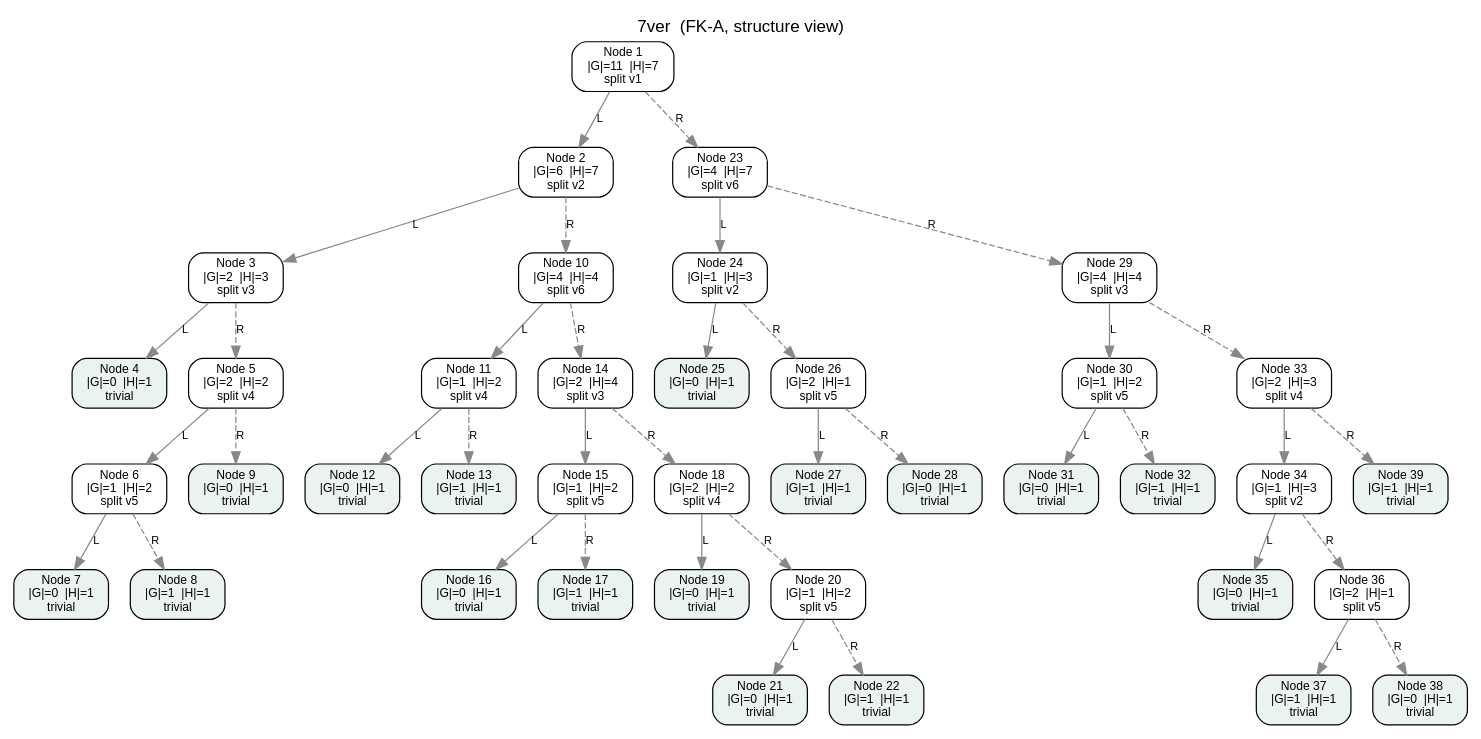
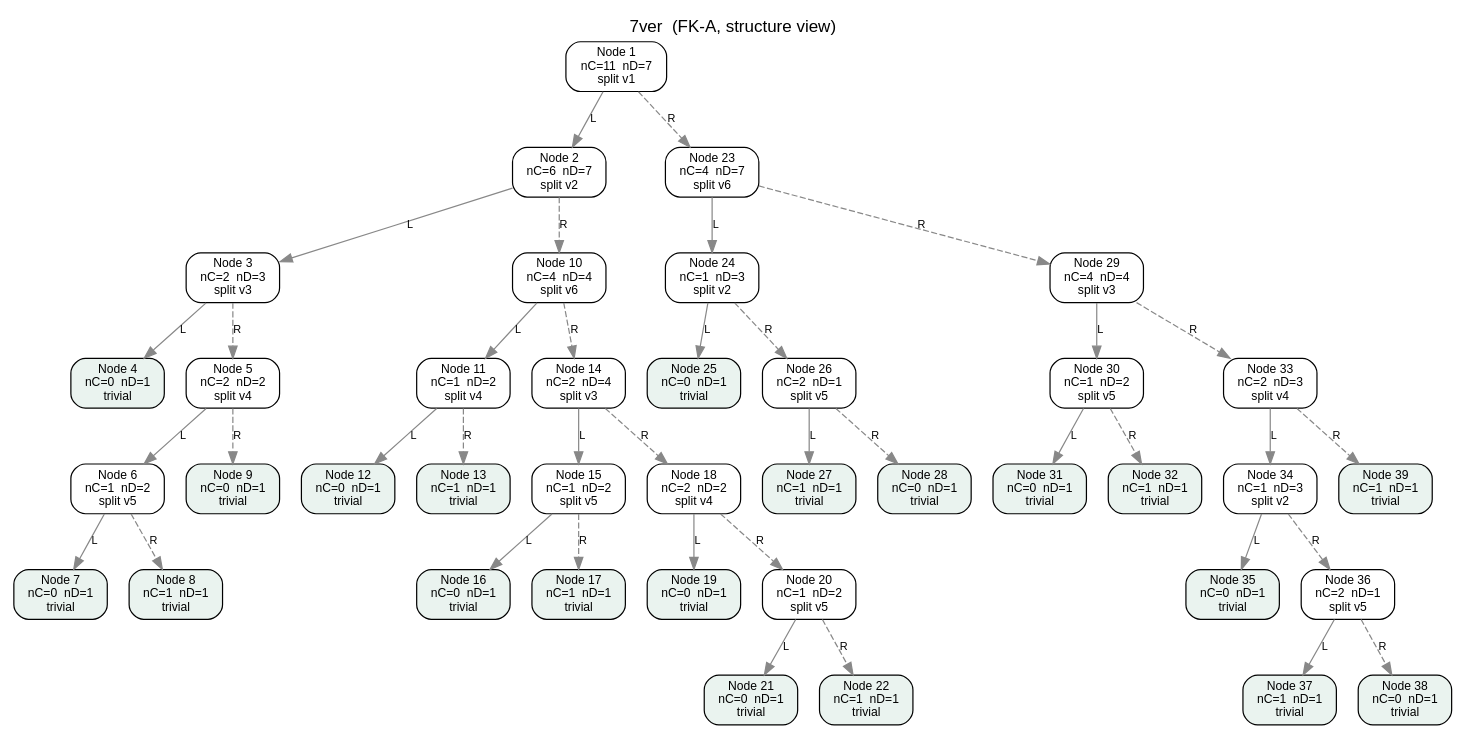
The diagram in results/7ver.fk-a.faithful.dot (symonyeal/Hypergraph-Dualization), drawn with Graphviz before and after one commit. The commit also changed 203 other files, not shown here.

```diff
--- a/results/7ver.fk-a.faithful.dot
+++ b/results/7ver.fk-a.faithful.dot
@@ -1,83 +1,83 @@
 digraph FKA {
   rankdir=TB;
   graph [fontname="Helvetica", labelloc="t", label="7ver  (FK-A, structure view)"];
   node [shape=box, style="rounded,filled", fillcolor="#ffffff", fontname="Helvetica", fontsize=10];
   edge [fontname="Helvetica", fontsize=9, color="#888888"];
-  n1 [label="Node 1\n|G|=11  |H|=7\nsplit v1", fillcolor="#ffffff"];
-  n2 [label="Node 2\n|G|=6  |H|=7\nsplit v2", fillcolor="#ffffff"];
-  n3 [label="Node 3\n|G|=2  |H|=3\nsplit v3", fillcolor="#ffffff"];
-  n4 [label="Node 4\n|G|=0  |H|=1\ntrivial", fillcolor="#eaf3ef"];
-  n5 [label="Node 5\n|G|=2  |H|=2\nsplit v4", fillcolor="#ffffff"];
-  n6 [label="Node 6\n|G|=1  |H|=2\nsplit v5", fillcolor="#ffffff"];
-  n7 [label="Node 7\n|G|=0  |H|=1\ntrivial", fillcolor="#eaf3ef"];
-  n8 [label="Node 8\n|G|=1  |H|=1\ntrivial", fillcolor="#eaf3ef"];
-  n9 [label="Node 9\n|G|=0  |H|=1\ntrivial", fillcolor="#eaf3ef"];
-  n10 [label="Node 10\n|G|=4  |H|=4\nsplit v6", fillcolor="#ffffff"];
-  n11 [label="Node 11\n|G|=1  |H|=2\nsplit v4", fillcolor="#ffffff"];
-  n12 [label="Node 12\n|G|=0  |H|=1\ntrivial", fillcolor="#eaf3ef"];
-  n13 [label="Node 13\n|G|=1  |H|=1\ntrivial", fillcolor="#eaf3ef"];
-  n14 [label="Node 14\n|G|=2  |H|=4\nsplit v3", fillcolor="#ffffff"];
-  n15 [label="Node 15\n|G|=1  |H|=2\nsplit v5", fillcolor="#ffffff"];
-  n16 [label="Node 16\n|G|=0  |H|=1\ntrivial", fillcolor="#eaf3ef"];
-  n17 [label="Node 17\n|G|=1  |H|=1\ntrivial", fillcolor="#eaf3ef"];
-  n18 [label="Node 18\n|G|=2  |H|=2\nsplit v4", fillcolor="#ffffff"];
-  n19 [label="Node 19\n|G|=0  |H|=1\ntrivial", fillcolor="#eaf3ef"];
-  n20 [label="Node 20\n|G|=1  |H|=2\nsplit v5", fillcolor="#ffffff"];
-  n21 [label="Node 21\n|G|=0  |H|=1\ntrivial", fillcolor="#eaf3ef"];
-  n22 [label="Node 22\n|G|=1  |H|=1\ntrivial", fillcolor="#eaf3ef"];
-  n23 [label="Node 23\n|G|=4  |H|=7\nsplit v6", fillcolor="#ffffff"];
-  n24 [label="Node 24\n|G|=1  |H|=3\nsplit v2", fillcolor="#ffffff"];
-  n25 [label="Node 25\n|G|=0  |H|=1\ntrivial", fillcolor="#eaf3ef"];
-  n26 [label="Node 26\n|G|=2  |H|=1\nsplit v5", fillcolor="#ffffff"];
-  n27 [label="Node 27\n|G|=1  |H|=1\ntrivial", fillcolor="#eaf3ef"];
-  n28 [label="Node 28\n|G|=0  |H|=1\ntrivial", fillcolor="#eaf3ef"];
-  n29 [label="Node 29\n|G|=4  |H|=4\nsplit v3", fillcolor="#ffffff"];
-  n30 [label="Node 30\n|G|=1  |H|=2\nsplit v5", fillcolor="#ffffff"];
-  n31 [label="Node 31\n|G|=0  |H|=1\ntrivial", fillcolor="#eaf3ef"];
-  n32 [label="Node 32\n|G|=1  |H|=1\ntrivial", fillcolor="#eaf3ef"];
-  n33 [label="Node 33\n|G|=2  |H|=3\nsplit v4", fillcolor="#ffffff"];
-  n34 [label="Node 34\n|G|=1  |H|=3\nsplit v2", fillcolor="#ffffff"];
-  n35 [label="Node 35\n|G|=0  |H|=1\ntrivial", fillcolor="#eaf3ef"];
-  n36 [label="Node 36\n|G|=2  |H|=1\nsplit v5", fillcolor="#ffffff"];
-  n37 [label="Node 37\n|G|=1  |H|=1\ntrivial", fillcolor="#eaf3ef"];
-  n38 [label="Node 38\n|G|=0  |H|=1\ntrivial", fillcolor="#eaf3ef"];
-  n39 [label="Node 39\n|G|=1  |H|=1\ntrivial", fillcolor="#eaf3ef"];
+  n1 [label="Node 1\nnC=11  nD=7\nsplit v1", fillcolor="#ffffff"];
+  n2 [label="Node 2\nnC=6  nD=7\nsplit v2", fillcolor="#ffffff"];
+  n3 [label="Node 3\nnC=2  nD=3\nsplit v3", fillcolor="#ffffff"];
+  n4 [label="Node 4\nnC=0  nD=1\ntrivial", fillcolor="#eaf3ef"];
+  n5 [label="Node 5\nnC=2  nD=2\nsplit v4", fillcolor="#ffffff"];
+  n6 [label="Node 6\nnC=1  nD=2\nsplit v5", fillcolor="#ffffff"];
+  n7 [label="Node 7\nnC=0  nD=1\ntrivial", fillcolor="#eaf3ef"];
+  n8 [label="Node 8\nnC=1  nD=1\ntrivial", fillcolor="#eaf3ef"];
+  n9 [label="Node 9\nnC=0  nD=1\ntrivial", fillcolor="#eaf3ef"];
+  n10 [label="Node 10\nnC=4  nD=4\nsplit v6", fillcolor="#ffffff"];
+  n11 [label="Node 11\nnC=1  nD=2\nsplit v4", fillcolor="#ffffff"];
+  n12 [label="Node 12\nnC=0  nD=1\ntrivial", fillcolor="#eaf3ef"];
+  n13 [label="Node 13\nnC=1  nD=1\ntrivial", fillcolor="#eaf3ef"];
+  n14 [label="Node 14\nnC=2  nD=4\nsplit v3", fillcolor="#ffffff"];
+  n15 [label="Node 15\nnC=1  nD=2\nsplit v5", fillcolor="#ffffff"];
+  n16 [label="Node 16\nnC=0  nD=1\ntrivial", fillcolor="#eaf3ef"];
+  n17 [label="Node 17\nnC=1  nD=1\ntrivial", fillcolor="#eaf3ef"];
+  n18 [label="Node 18\nnC=2  nD=2\nsplit v4", fillcolor="#ffffff"];
+  n19 [label="Node 19\nnC=0  nD=1\ntrivial", fillcolor="#eaf3ef"];
+  n20 [label="Node 20\nnC=1  nD=2\nsplit v5", fillcolor="#ffffff"];
+  n21 [label="Node 21\nnC=0  nD=1\ntrivial", fillcolor="#eaf3ef"];
+  n22 [label="Node 22\nnC=1  nD=1\ntrivial", fillcolor="#eaf3ef"];
+  n23 [label="Node 23\nnC=4  nD=7\nsplit v6", fillcolor="#ffffff"];
+  n24 [label="Node 24\nnC=1  nD=3\nsplit v2", fillcolor="#ffffff"];
+  n25 [label="Node 25\nnC=0  nD=1\ntrivial", fillcolor="#eaf3ef"];
+  n26 [label="Node 26\nnC=2  nD=1\nsplit v5", fillcolor="#ffffff"];
+  n27 [label="Node 27\nnC=1  nD=1\ntrivial", fillcolor="#eaf3ef"];
+  n28 [label="Node 28\nnC=0  nD=1\ntrivial", fillcolor="#eaf3ef"];
+  n29 [label="Node 29\nnC=4  nD=4\nsplit v3", fillcolor="#ffffff"];
+  n30 [label="Node 30\nnC=1  nD=2\nsplit v5", fillcolor="#ffffff"];
+  n31 [label="Node 31\nnC=0  nD=1\ntrivial", fillcolor="#eaf3ef"];
+  n32 [label="Node 32\nnC=1  nD=1\ntrivial", fillcolor="#eaf3ef"];
+  n33 [label="Node 33\nnC=2  nD=3\nsplit v4", fillcolor="#ffffff"];
+  n34 [label="Node 34\nnC=1  nD=3\nsplit v2", fillcolor="#ffffff"];
+  n35 [label="Node 35\nnC=0  nD=1\ntrivial", fillcolor="#eaf3ef"];
+  n36 [label="Node 36\nnC=2  nD=1\nsplit v5", fillcolor="#ffffff"];
+  n37 [label="Node 37\nnC=1  nD=1\ntrivial", fillcolor="#eaf3ef"];
+  n38 [label="Node 38\nnC=0  nD=1\ntrivial", fillcolor="#eaf3ef"];
+  n39 [label="Node 39\nnC=1  nD=1\ntrivial", fillcolor="#eaf3ef"];
   n1 -> n2 [label="L", style=solid];
   n1 -> n23 [label="R", style=dashed];
   n2 -> n3 [label="L", style=solid];
   n2 -> n10 [label="R", style=dashed];
   n3 -> n4 [label="L", style=solid];
   n3 -> n5 [label="R", style=dashed];
   n5 -> n6 [label="L", style=solid];
   n5 -> n9 [label="R", style=dashed];
   n6 -> n7 [label="L", style=solid];
   n6 -> n8 [label="R", style=dashed];
   n10 -> n11 [label="L", style=solid];
   n10 -> n14 [label="R", style=dashed];
   n11 -> n12 [label="L", style=solid];
   n11 -> n13 [label="R", style=dashed];
   n14 -> n15 [label="L", style=solid];
   n14 -> n18 [label="R", style=dashed];
   n15 -> n16 [label="L", style=solid];
   n15 -> n17 [label="R", style=dashed];
   n18 -> n19 [label="L", style=solid];
   n18 -> n20 [label="R", style=dashed];
   n20 -> n21 [label="L", style=solid];
   n20 -> n22 [label="R", style=dashed];
   n23 -> n24 [label="L", style=solid];
   n23 -> n29 [label="R", style=dashed];
   n24 -> n25 [label="L", style=solid];
   n24 -> n26 [label="R", style=dashed];
   n26 -> n27 [label="L", style=solid];
   n26 -> n28 [label="R", style=dashed];
   n29 -> n30 [label="L", style=solid];
   n29 -> n33 [label="R", style=dashed];
   n30 -> n31 [label="L", style=solid];
   n30 -> n32 [label="R", style=dashed];
   n33 -> n34 [label="L", style=solid];
   n33 -> n39 [label="R", style=dashed];
   n34 -> n35 [label="L", style=solid];
   n34 -> n36 [label="R", style=dashed];
   n36 -> n37 [label="L", style=solid];
   n36 -> n38 [label="R", style=dashed];
 }
```
